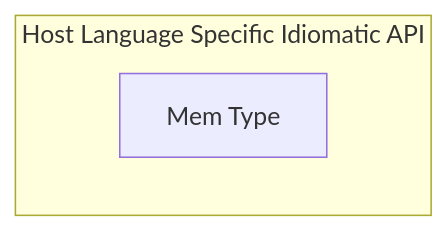
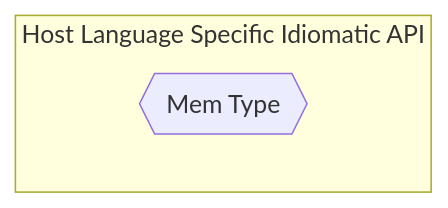
The ninth of 10 diagrams in README.md (Pebaz/tidbytes), drawn with Mermaid before and after one commit. The commit also changed other lines of this file, not shown here.

Commit message:
More diagrams

````diff
--- a/README.md
+++ b/README.md
@@ -68,6 +135,6 @@
 ```mermaid
 graph LR;
     subgraph Host Language Specific Idiomatic API
-        mem[Mem Type]
+        mem{{Mem Type}}
     end
 ```
````
